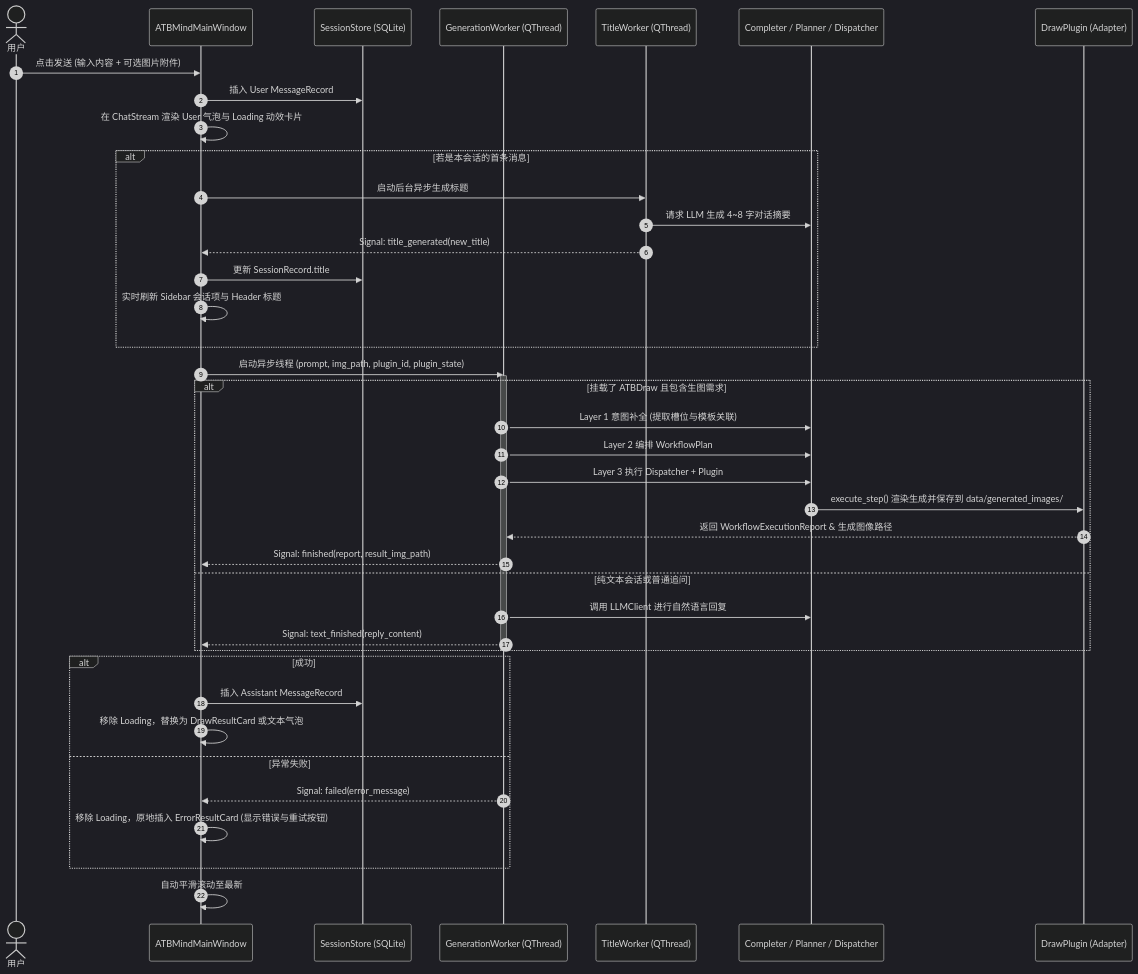
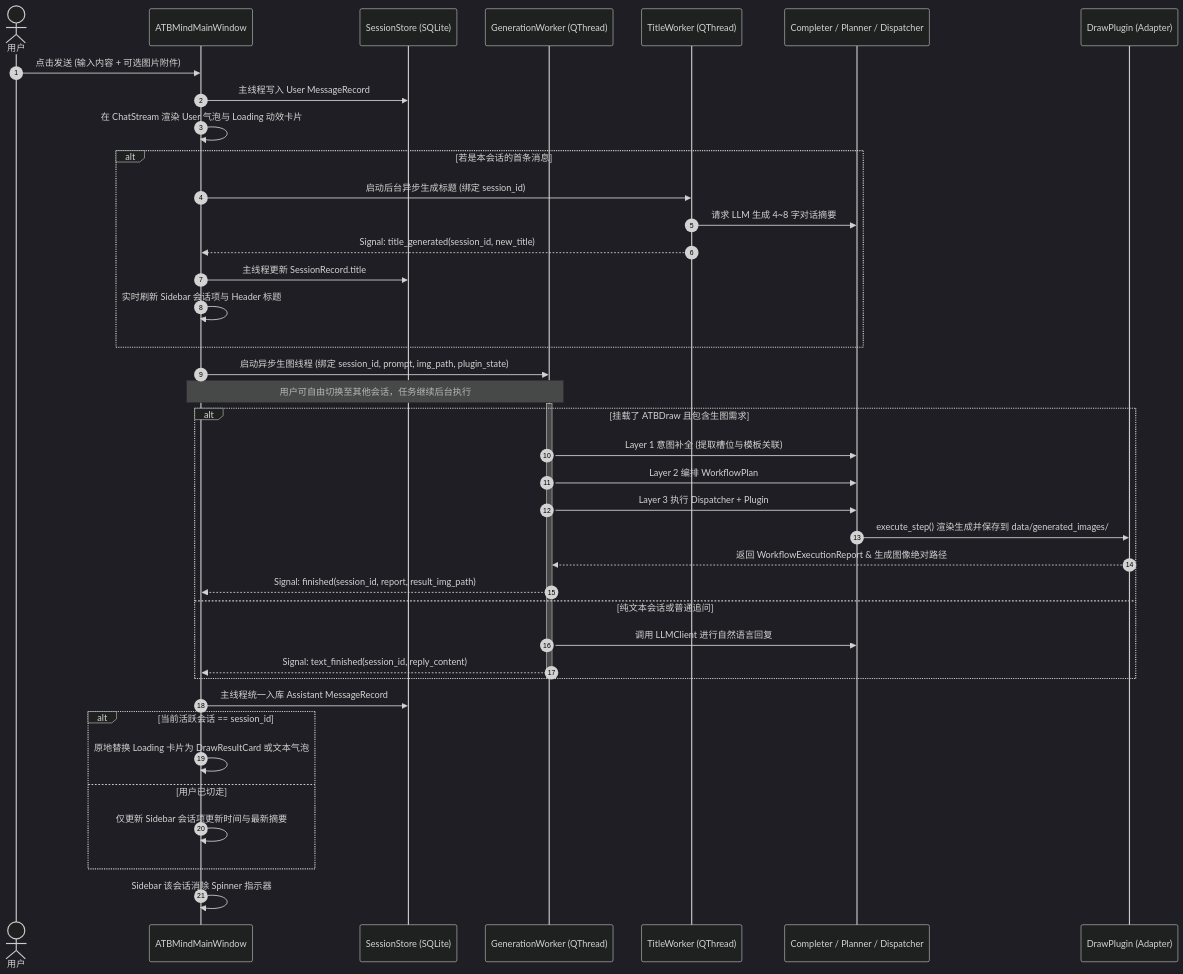
Before and after one commit to aitobox/ATBMind: the diagram in docs/superpowers/specs/2026-09-29-atbmind-ui-redesign-design.md, drawn with Mermaid (dark theme). The commit also changed other lines of this file, not shown here.

````diff
--- a/docs/superpowers/specs/2026-09-29-atbmind-ui-redesign-design.md
+++ b/docs/superpowers/specs/2026-09-29-atbmind-ui-redesign-design.md
@@ -235,47 +249,47 @@
 ```mermaid
 sequenceDiagram
     autonumber
     actor User as 用户
     participant UI as ATBMindMainWindow
     participant Store as SessionStore (SQLite)
     participant Worker as GenerationWorker (QThread)
     participant TitleW as TitleWorker (QThread)
     participant Core as Completer / Planner / Dispatcher
     participant Plugin as DrawPlugin (Adapter)
 
     User->>UI: 点击发送 (输入内容 + 可选图片附件)
-    UI->>Store: 插入 User MessageRecord
+    UI->>Store: 主线程写入 User MessageRecord
     UI->>UI: 在 ChatStream 渲染 User 气泡与 Loading 动效卡片
     
     alt 若是本会话的首条消息
-        UI->>TitleW: 启动后台异步生成标题
+        UI->>TitleW: 启动后台异步生成标题 (绑定 session_id)
         TitleW->>Core: 请求 LLM 生成 4~8 字对话摘要
-        TitleW-->>UI: Signal: title_generated(new_title)
-        UI->>Store: 更新 SessionRecord.title
+        TitleW-->>UI: Signal: title_generated(session_id, new_title)
+        UI->>Store: 主线程更新 SessionRecord.title
         UI->>UI: 实时刷新 Sidebar 会话项与 Header 标题
     end
 
-    UI->>Worker: 启动异步线程 (prompt, img_path, plugin_id, plugin_state)
+    UI->>Worker: 启动异步生图线程 (绑定 session_id, prompt, img_path, plugin_state)
+    Note over UI,Worker: 用户可自由切换至其他会话，任务继续后台执行
     activate Worker
     alt 挂载了 ATBDraw 且包含生图需求
         Worker->>Core: Layer 1 意图补全 (提取槽位与模板关联)
         Worker->>Core: Layer 2 编排 WorkflowPlan
         Worker->>Core: Layer 3 执行 Dispatcher + Plugin
         Core->>Plugin: execute_step() 渲染生成并保存到 data/generated_images/
-        Plugin-->>Worker: 返回 WorkflowExecutionReport & 生成图像路径
-        Worker-->>UI: Signal: finished(report, result_img_path)
+        Plugin-->>Worker: 返回 WorkflowExecutionReport & 生成图像绝对路径
+        Worker-->>UI: Signal: finished(session_id, report, result_img_path)
     else 纯文本会话或普通追问
         Worker->>Core: 调用 LLMClient 进行自然语言回复
-        Worker-->>UI: Signal: text_finished(reply_content)
+        Worker-->>UI: Signal: text_finished(session_id, reply_content)
     end
     deactivate Worker
 
-    alt 成功
-        UI->>Store: 插入 Assistant MessageRecord
-        UI->>UI: 移除 Loading，替换为 DrawResultCard 或文本气泡
-    else 异常失败
-        Worker-->>UI: Signal: failed(error_message)
-        UI->>UI: 移除 Loading，原地插入 ErrorResultCard (显示错误与重试按钮)
+    UI->>Store: 主线程统一入库 Assistant MessageRecord
+    alt 当前活跃会话 == session_id
+        UI->>UI: 原地替换 Loading 卡片为 DrawResultCard 或文本气泡
+    else 用户已切走
+        UI->>UI: 仅更新 Sidebar 会话项更新时间与最新摘要
     end
-    UI->>UI: 自动平滑滚动至最新
+    UI->>UI: Sidebar 该会话消除 Spinner 指示器
 ```
````
